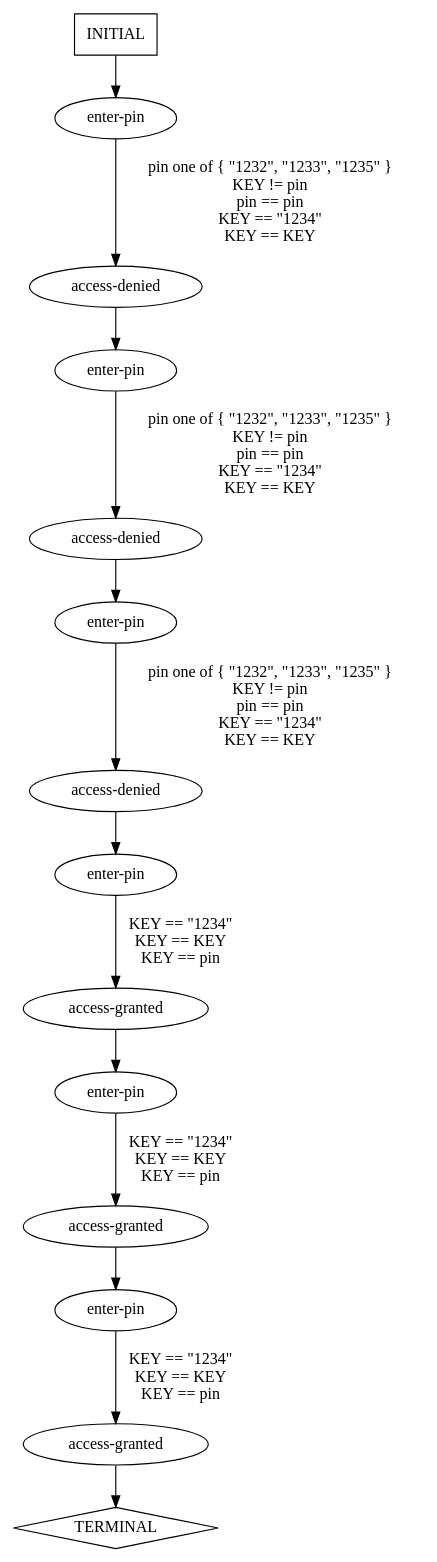
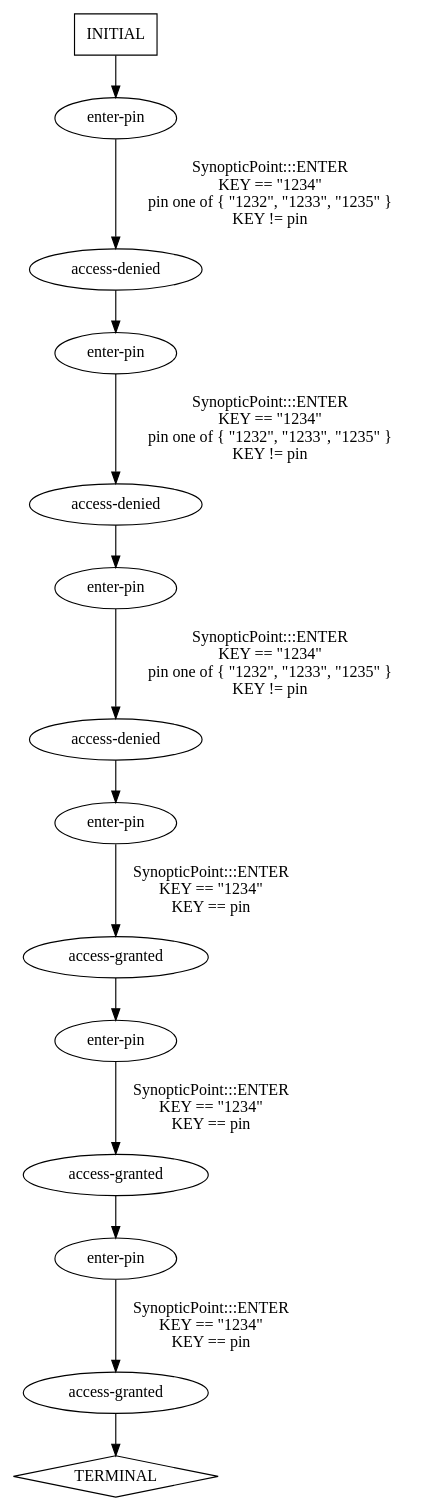
One commit to ModelInference/synoptic changed the diagram in traces/abstract/verify-pin/predicted-paths/verify-pin-test7.dot. Above: the diagram before and after it, drawn with Graphviz. The commit also changed 73 other files, not shown here.

```diff
--- a/traces/abstract/verify-pin/predicted-paths/verify-pin-test7.dot
+++ b/traces/abstract/verify-pin/predicted-paths/verify-pin-test7.dot
@@ -1,29 +1,29 @@
 digraph {
   0 [label="access-denied"];
   1 [label="access-denied"];
   2 [label="access-denied"];
   3 [label="access-granted"];
   4 [label="access-granted"];
   5 [label="access-granted"];
   6 [label="enter-pin"];
   7 [label="enter-pin"];
   8 [label="enter-pin"];
   9 [label="enter-pin"];
   10 [label="enter-pin"];
   11 [label="enter-pin"];
   12 [label="TERMINAL",shape=diamond];
   13 [label="INITIAL",shape=box];
 0->7 [label="",];
 1->8 [label="",];
 2->9 [label="",];
 3->10 [label="",];
 4->11 [label="",];
 5->12 [label="",];
-6->0 [label="pin one of { \"1232\", \"1233\", \"1235\" }\nKEY != pin\npin == pin\nKEY == \"1234\"\nKEY == KEY",];
-7->1 [label="pin one of { \"1232\", \"1233\", \"1235\" }\nKEY != pin\npin == pin\nKEY == \"1234\"\nKEY == KEY",];
-8->2 [label="pin one of { \"1232\", \"1233\", \"1235\" }\nKEY != pin\npin == pin\nKEY == \"1234\"\nKEY == KEY",];
-9->3 [label="KEY == \"1234\"\nKEY == KEY\nKEY == pin",];
-10->4 [label="KEY == \"1234\"\nKEY == KEY\nKEY == pin",];
-11->5 [label="KEY == \"1234\"\nKEY == KEY\nKEY == pin",];
+6->0 [label="SynopticPoint:::ENTER\nKEY == \"1234\"\npin one of { \"1232\", \"1233\", \"1235\" }\nKEY != pin\n",];
+7->1 [label="SynopticPoint:::ENTER\nKEY == \"1234\"\npin one of { \"1232\", \"1233\", \"1235\" }\nKEY != pin\n",];
+8->2 [label="SynopticPoint:::ENTER\nKEY == \"1234\"\npin one of { \"1232\", \"1233\", \"1235\" }\nKEY != pin\n",];
+9->3 [label="SynopticPoint:::ENTER\nKEY == \"1234\"\nKEY == pin\n",];
+10->4 [label="SynopticPoint:::ENTER\nKEY == \"1234\"\nKEY == pin\n",];
+11->5 [label="SynopticPoint:::ENTER\nKEY == \"1234\"\nKEY == pin\n",];
 13->6 [label="",];
 } // digraph {
```
